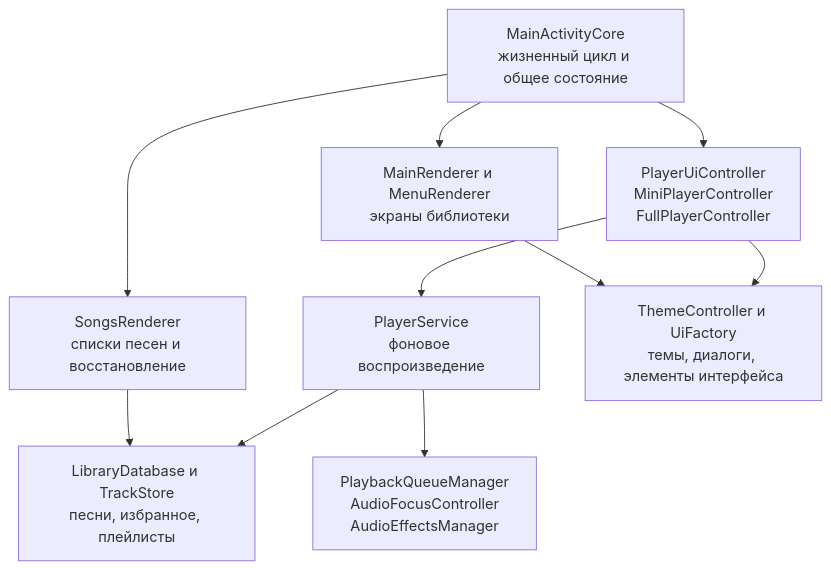
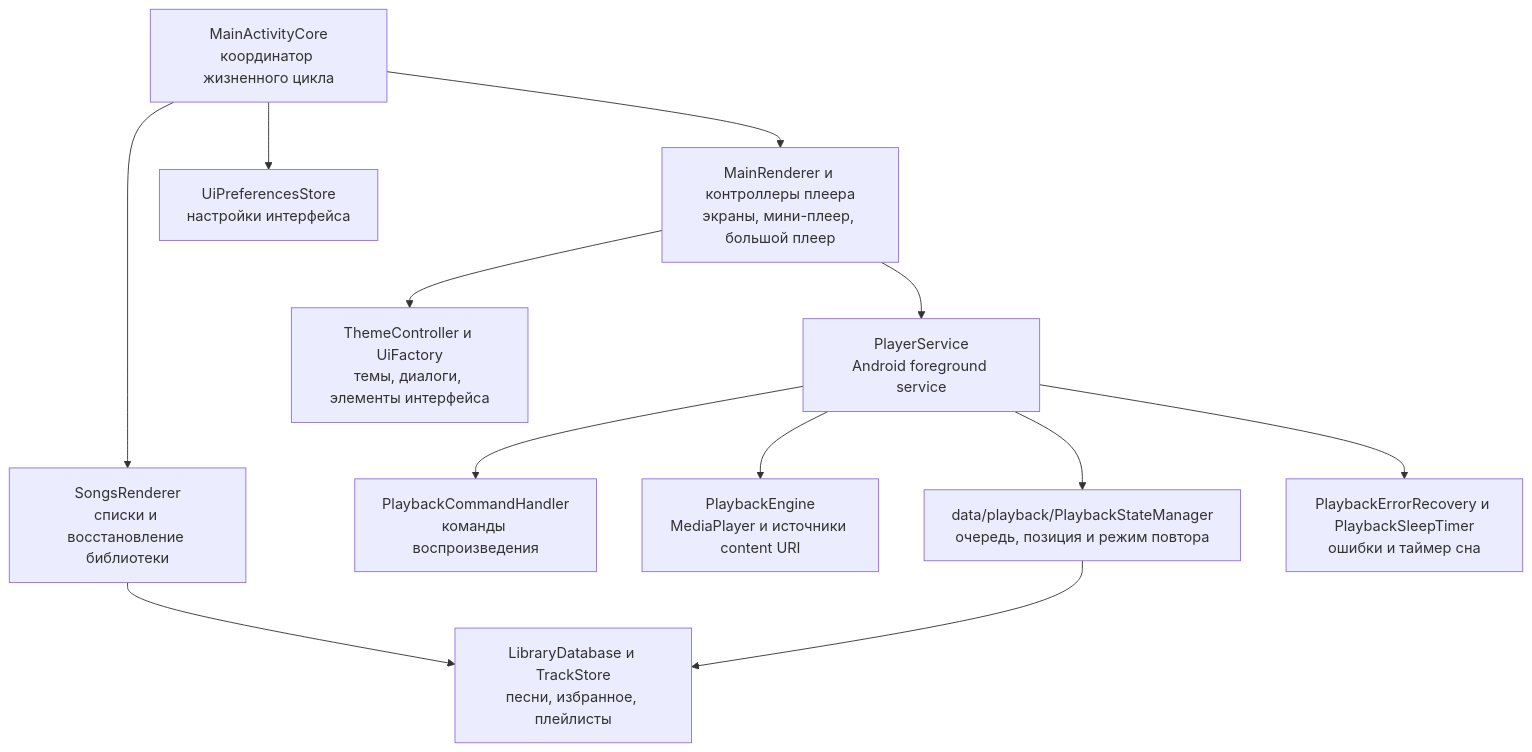
One commit to dumuzeyn/MP3-player-APK changed the first of 2 diagrams in README.md. Above: the diagram before and after it, drawn with Mermaid. The commit also changed other lines of this file and 26 other files, not shown here.

````diff
--- a/README.md
+++ b/README.md
@@ -40,21 +40,26 @@
 ```mermaid
 flowchart TD
-    ACT["MainActivityCore<br/>жизненный цикл и общее состояние"]
-    UI["MainRenderer и MenuRenderer<br/>экраны библиотеки"]
-    SONGS["SongsRenderer<br/>списки песен и восстановление"]
-    PLAYER["PlayerUiController<br/>MiniPlayerController<br/>FullPlayerController"]
-    SERVICE["PlayerService<br/>фоновое воспроизведение"]
-    AUDIO["PlaybackQueueManager<br/>AudioFocusController<br/>AudioEffectsManager"]
+    ACT["MainActivityCore<br/>координатор жизненного цикла"]
+    UI["MainRenderer и контроллеры плеера<br/>экраны, мини-плеер, большой плеер"]
+    SONGS["SongsRenderer<br/>списки и восстановление библиотеки"]
+    SERVICE["PlayerService<br/>Android foreground service"]
+    COMMANDS["PlaybackCommandHandler<br/>команды воспроизведения"]
+    ENGINE["PlaybackEngine<br/>MediaPlayer и источники content URI"]
+    STATE["data/playback/PlaybackStateManager<br/>очередь, позиция и режим повтора"]
+    RECOVERY["PlaybackErrorRecovery и PlaybackSleepTimer<br/>ошибки и таймер сна"]
     DATA["LibraryDatabase и TrackStore<br/>песни, избранное, плейлисты"]
     STYLE["ThemeController и UiFactory<br/>темы, диалоги, элементы интерфейса"]
+    PREFS["UiPreferencesStore<br/>настройки интерфейса"]
 
     ACT --> UI
     ACT --> SONGS
-    ACT --> PLAYER
+    ACT --> PREFS
     SONGS --> DATA
-    PLAYER --> SERVICE
-    SERVICE --> AUDIO
-    SERVICE --> DATA
+    UI --> SERVICE
+    SERVICE --> COMMANDS
+    SERVICE --> ENGINE
+    SERVICE --> STATE
+    SERVICE --> RECOVERY
+    STATE --> DATA
     UI --> STYLE
-    PLAYER --> STYLE
 ```
````
